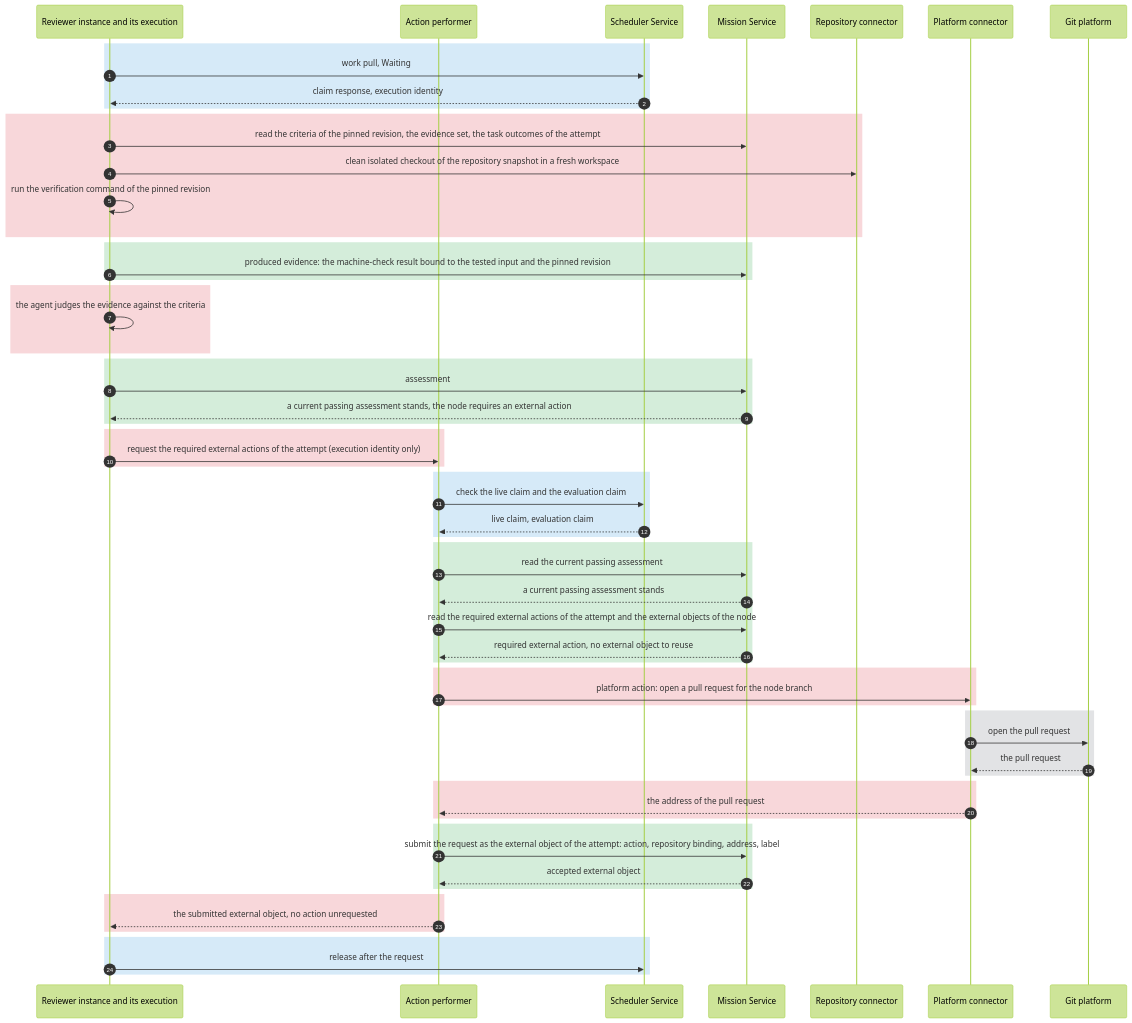
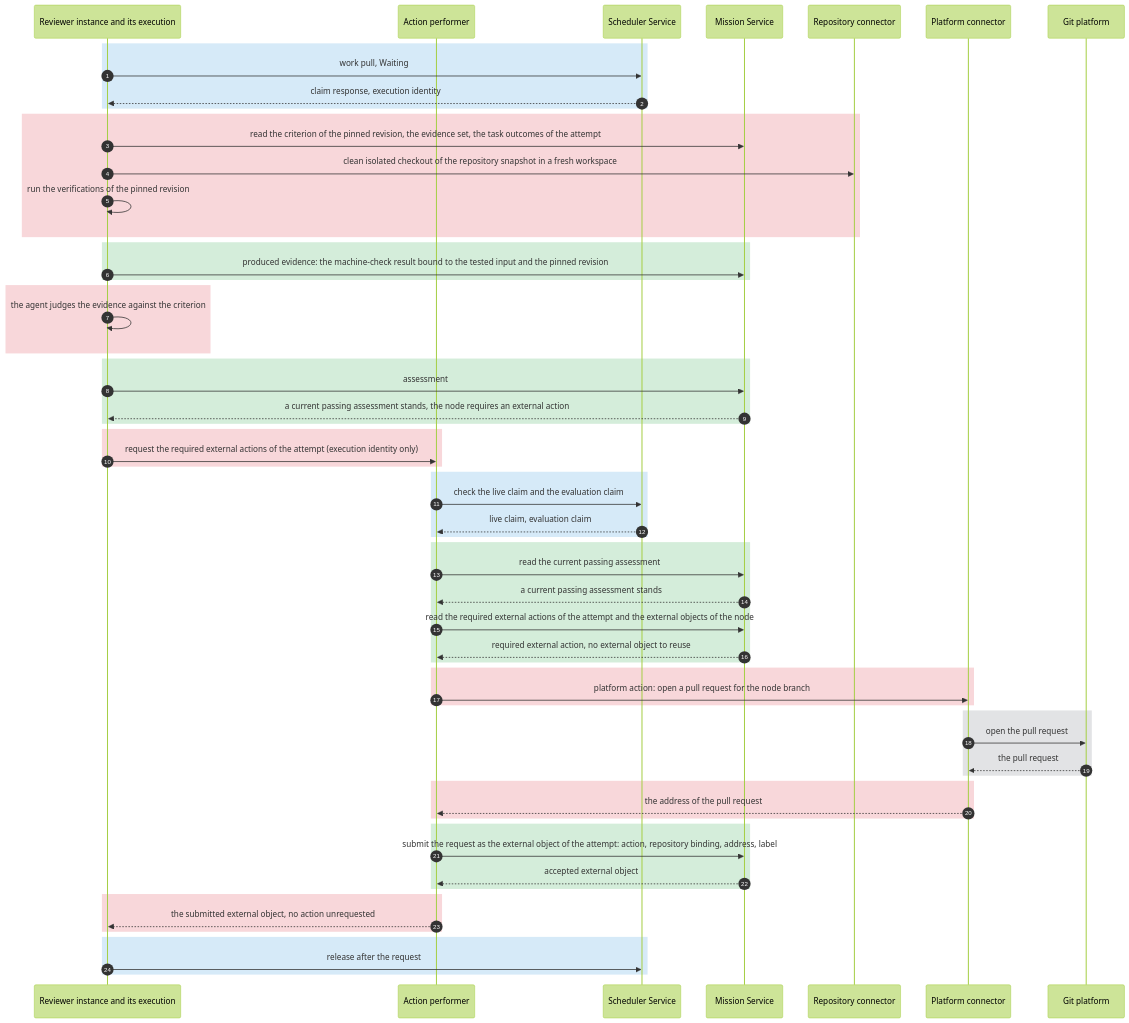
One commit to kanthorlabs/kanthord changed the fifth of 8 diagrams in docs/brainstorm/worker-service.md. Above: the diagram before and after it, drawn with Mermaid (forest theme). The commit also changed other lines of this file and 15 other files, not shown here.

````diff
--- a/docs/brainstorm/worker-service.md
+++ b/docs/brainstorm/worker-service.md
@@ -542,64 +554,64 @@
 ```mermaid
 sequenceDiagram
     autonumber
     participant R as Reviewer instance and its execution
     participant AP as Action performer
     participant S as Scheduler Service
     participant M as Mission Service
     participant RG as Repository connector
     participant PG as Platform connector
     participant G as Git platform
 
     rect rgb(214, 234, 248)
         R->>S: work pull, Waiting
         S-->>R: claim response, execution identity
     end
     rect rgb(248, 215, 218)
-        R->>M: read the criteria of the pinned revision, the evidence set, the task outcomes of the attempt
+        R->>M: read the criterion of the pinned revision, the evidence set, the task outcomes of the attempt
         R->>RG: clean isolated checkout of the repository snapshot in a fresh workspace
-        R->>R: run the verification command of the pinned revision
+        R->>R: run the verifications of the pinned revision
     end
     rect rgb(212, 237, 218)
         R->>M: produced evidence: the machine-check result bound to the tested input and the pinned revision
     end
     rect rgb(248, 215, 218)
-        R->>R: the agent judges the evidence against the criteria
+        R->>R: the agent judges the evidence against the criterion
     end
     rect rgb(212, 237, 218)
         R->>M: assessment
         M-->>R: a current passing assessment stands, the node requires an external action
     end
     rect rgb(248, 215, 218)
         R->>AP: request the required external actions of the attempt (execution identity only)
     end
     rect rgb(214, 234, 248)
         AP->>S: check the live claim and the evaluation claim
         S-->>AP: live claim, evaluation claim
     end
     rect rgb(212, 237, 218)
         AP->>M: read the current passing assessment
         M-->>AP: a current passing assessment stands
         AP->>M: read the required external actions of the attempt and the external objects of the node
         M-->>AP: required external action, no external object to reuse
     end
     rect rgb(248, 215, 218)
         AP->>PG: platform action: open a pull request for the node branch
     end
     rect rgb(226, 227, 229)
         PG->>G: open the pull request
         G-->>PG: the pull request
     end
     rect rgb(248, 215, 218)
         PG-->>AP: the address of the pull request
     end
     rect rgb(212, 237, 218)
         AP->>M: submit the request as the external object of the attempt: action, repository binding, address, label
         M-->>AP: accepted external object
     end
     rect rgb(248, 215, 218)
         AP-->>R: the submitted external object, no action unrequested
     end
     rect rgb(214, 234, 248)
         R->>S: release after the request
     end
 ```
````
